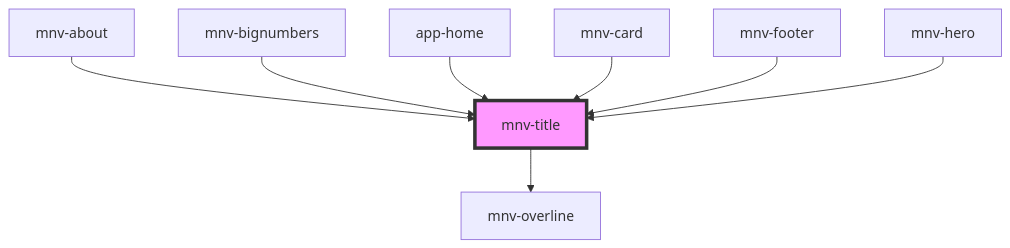
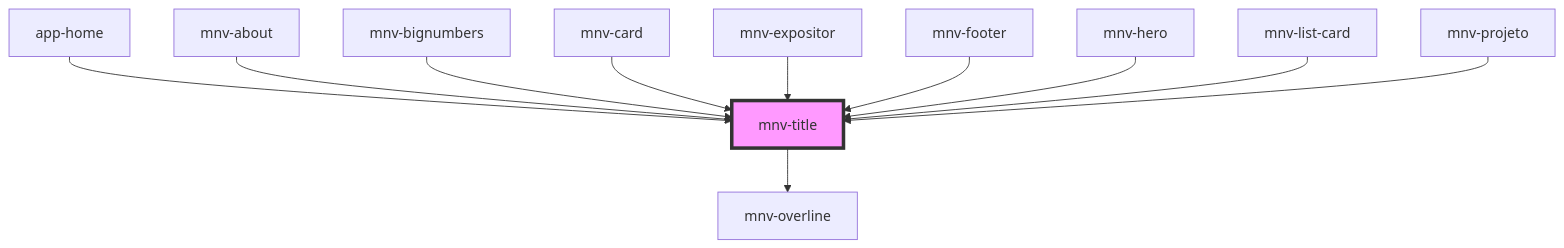
The diagram in src/components/typography/mnv-title/readme.md (rafaela-vairo/ufrj-sustainable), drawn with Mermaid before and after one commit. The commit also changed other lines of this file and 34 other files, not shown here.

````diff
--- a/src/components/typography/mnv-title/readme.md
+++ b/src/components/typography/mnv-title/readme.md
@@ -29,11 +34,14 @@
 ```mermaid
 graph TD;
   mnv-title --> mnv-overline
+  app-home --> mnv-title
   mnv-about --> mnv-title
   mnv-bignumbers --> mnv-title
-  app-home --> mnv-title
   mnv-card --> mnv-title
+  mnv-expositor --> mnv-title
   mnv-footer --> mnv-title
   mnv-hero --> mnv-title
+  mnv-list-card --> mnv-title
+  mnv-projeto --> mnv-title
   style mnv-title fill:#f9f,stroke:#333,stroke-width:4px
 ```
````
